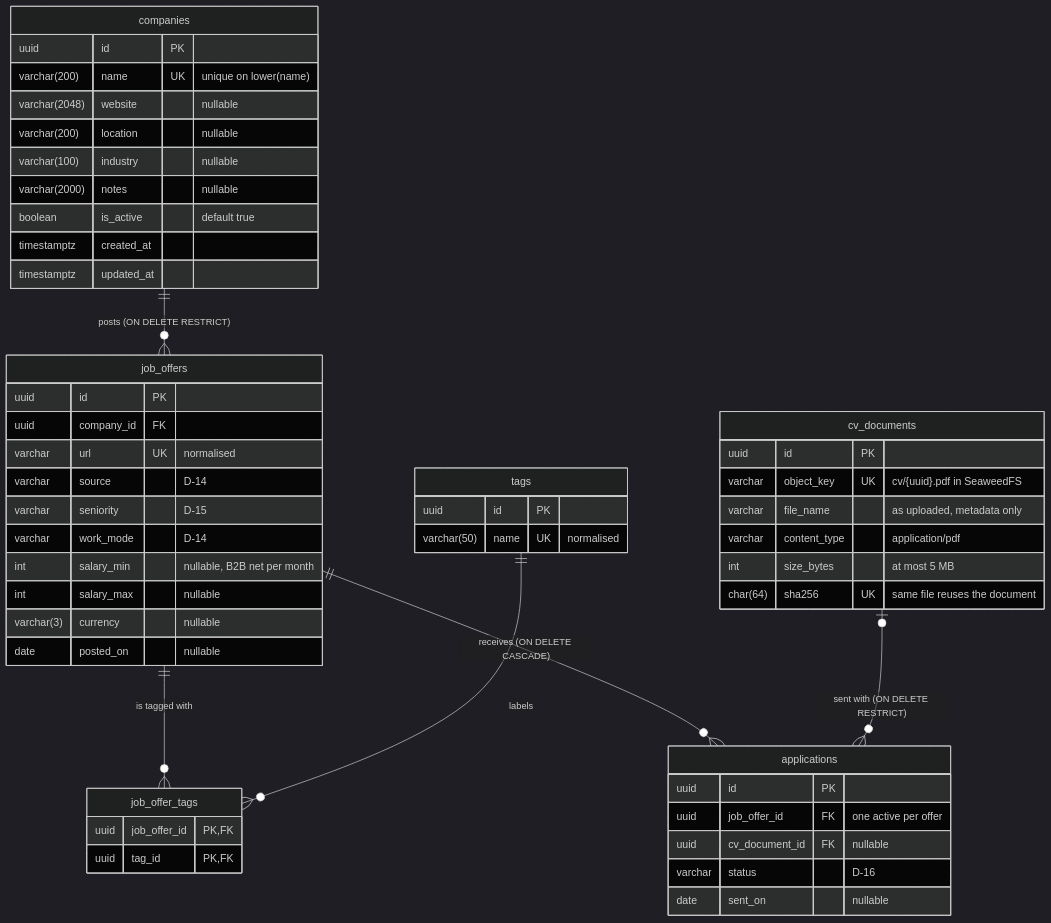
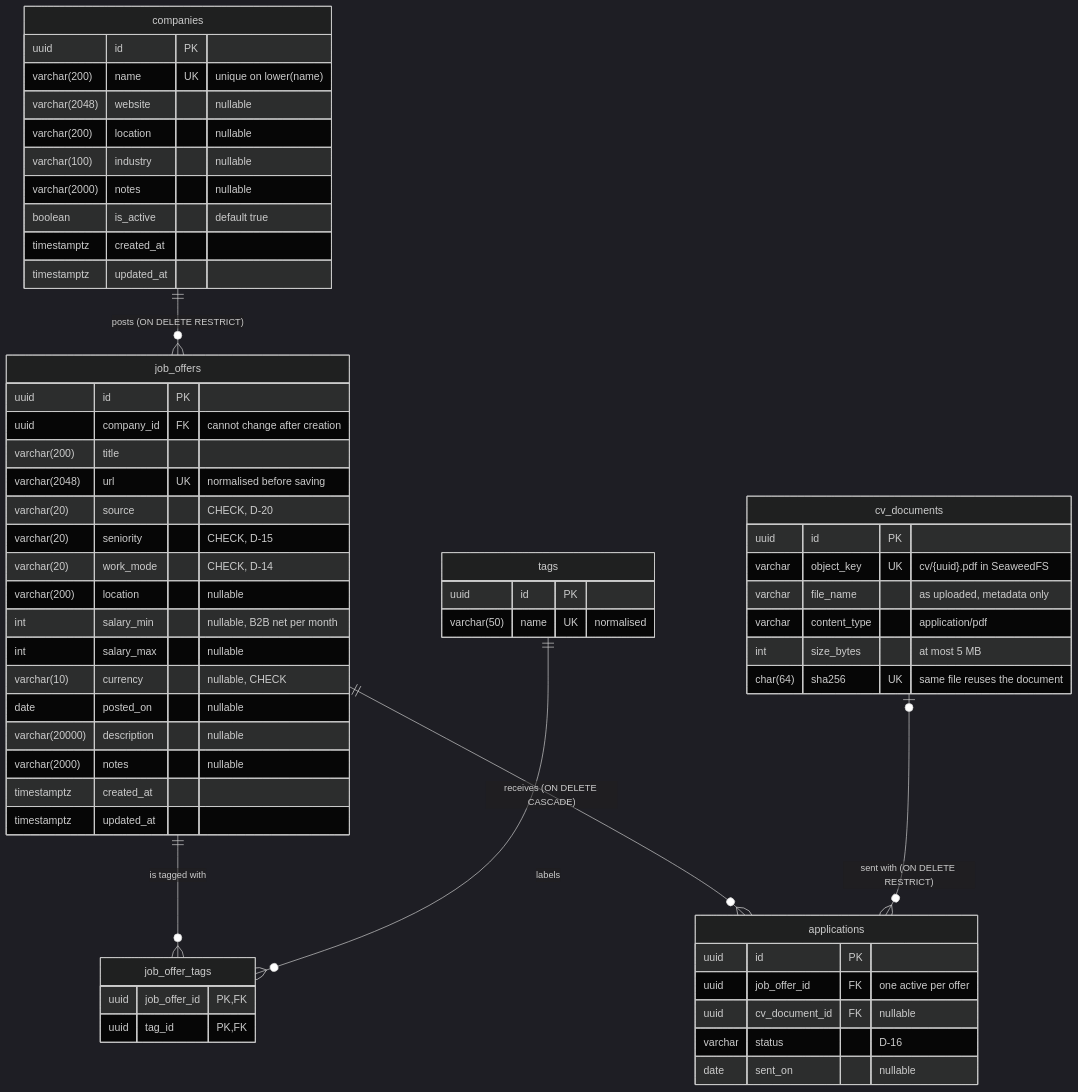
The diagram in docs/data-model.md (xwojziarnik/job-application-tracker), drawn with Mermaid (dark theme) before and after one commit. The commit also changed other lines of this file and 11 other files, not shown here.

````diff
--- a/docs/data-model.md
+++ b/docs/data-model.md
@@ -17,60 +18,66 @@
 ```mermaid
 erDiagram
     companies ||--o{ job_offers : "posts (ON DELETE RESTRICT)"
     job_offers ||--o{ job_offer_tags : "is tagged with"
     tags ||--o{ job_offer_tags : "labels"
     job_offers ||--o{ applications : "receives (ON DELETE CASCADE)"
     cv_documents |o--o{ applications : "sent with (ON DELETE RESTRICT)"
 
     companies {
         uuid id PK
         varchar(200) name UK "unique on lower(name)"
         varchar(2048) website "nullable"
         varchar(200) location "nullable"
         varchar(100) industry "nullable"
         varchar(2000) notes "nullable"
         boolean is_active "default true"
         timestamptz created_at
         timestamptz updated_at
     }
 
     job_offers {
         uuid id PK
-        uuid company_id FK
-        varchar url UK "normalised"
-        varchar source "D-14"
-        varchar seniority "D-15"
-        varchar work_mode "D-14"
+        uuid company_id FK "cannot change after creation"
+        varchar(200) title
+        varchar(2048) url UK "normalised before saving"
+        varchar(20) source "CHECK, D-20"
+        varchar(20) seniority "CHECK, D-15"
+        varchar(20) work_mode "CHECK, D-14"
+        varchar(200) location "nullable"
         int salary_min "nullable, B2B net per month"
         int salary_max "nullable"
-        varchar(3) currency "nullable"
+        varchar(10) currency "nullable, CHECK"
         date posted_on "nullable"
+        varchar(20000) description "nullable"
+        varchar(2000) notes "nullable"
+        timestamptz created_at
+        timestamptz updated_at
     }
 
     tags {
         uuid id PK
         varchar(50) name UK "normalised"
     }
 
     job_offer_tags {
         uuid job_offer_id PK, FK
         uuid tag_id PK, FK
     }
 
     applications {
         uuid id PK
         uuid job_offer_id FK "one active per offer"
         uuid cv_document_id FK "nullable"
         varchar status "D-16"
         date sent_on "nullable"
     }
 
     cv_documents {
         uuid id PK
         varchar object_key UK "cv/{uuid}.pdf in SeaweedFS"
         varchar file_name "as uploaded, metadata only"
         varchar content_type "application/pdf"
         int size_bytes "at most 5 MB"
         char(64) sha256 UK "same file reuses the document"
     }
 ```
````
